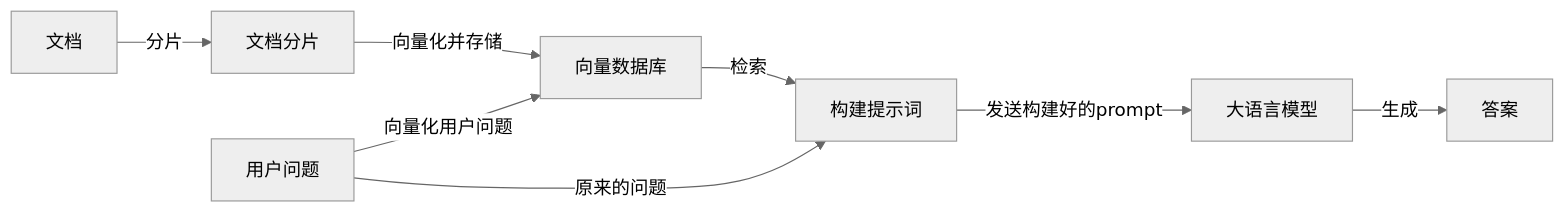
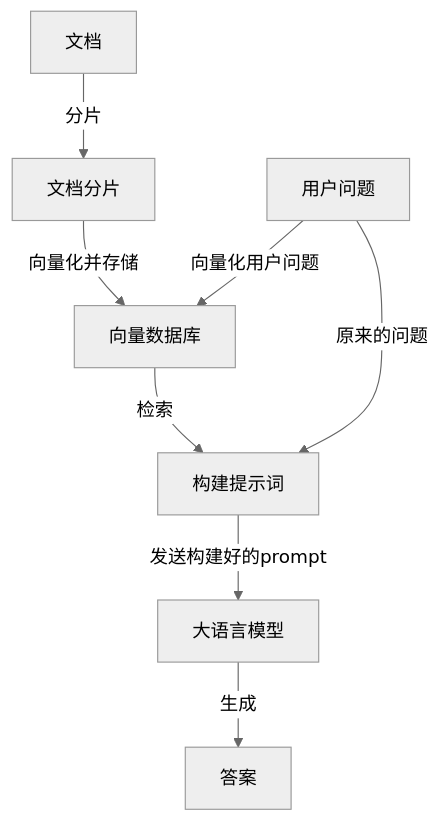
The diagram in source/_posts/rag.md (Ivanclf/Ivanclf.github.io), drawn with Mermaid (neutral theme) before and after one commit. The commit also changed other lines of this file and 32 other files, not shown here.

````diff
--- a/source/_posts/rag.md
+++ b/source/_posts/rag.md
@@ -21,7 +29,7 @@
 ```mermaid
-graph LR
+graph TD
 
 document[文档]-->|分片|chunk[文档分片]-->|向量化并存储|database[向量数据库]
 user[用户问题]-->|向量化用户问题|database-->|检索|prompt[构建提示词]
 user-->|原来的问题|prompt-->|发送构建好的prompt|llm[大语言模型]-->|生成|answer[答案]
 ```
````
